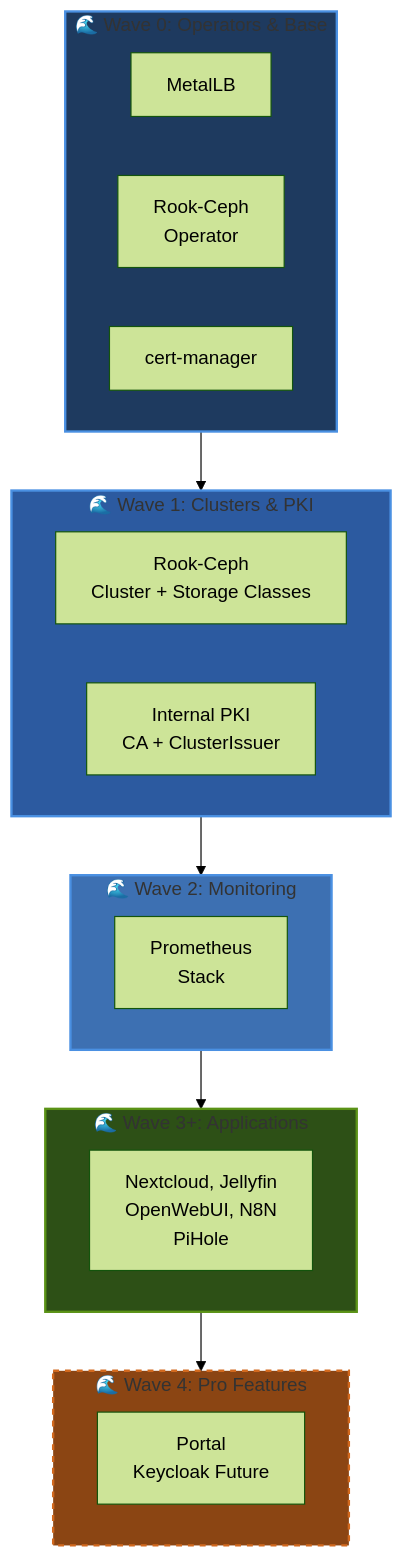
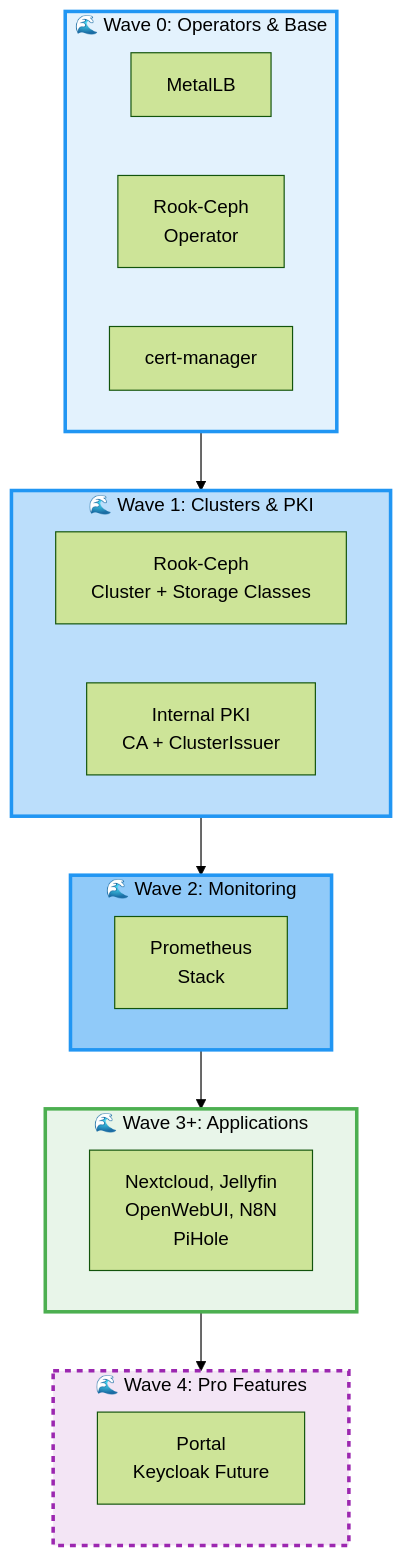
One commit to seadogger-tech/seadogger-homelab changed the sixth of 6 diagrams in docs/wiki/02-Architecture.md. Above: the diagram before and after it, drawn with Mermaid (forest theme). The commit also changed other lines of this file and 1 other file, not shown here.

First line of the commit message:
Update all Mermaid diagram colors for light/dark mode compatibility

````diff
--- a/docs/wiki/02-Architecture.md
+++ b/docs/wiki/02-Architecture.md
@@ -386,36 +386,36 @@
 ```mermaid
 graph TD
     subgraph Wave0["🌊 Wave 0: Operators & Base"]
         MetalLB[MetalLB]
         RookOp[Rook-Ceph<br/>Operator]
         CertMgr[cert-manager]
     end
 
     subgraph Wave1["🌊 Wave 1: Clusters & PKI"]
         RookCluster[Rook-Ceph<br/>Cluster + Storage Classes]
         PKI[Internal PKI<br/>CA + ClusterIssuer]
     end
 
     subgraph Wave2["🌊 Wave 2: Monitoring"]
         Prometheus[Prometheus<br/>Stack]
     end
 
     subgraph Wave3["🌊 Wave 3+: Applications"]
         Apps[Nextcloud, Jellyfin<br/>OpenWebUI, N8N<br/>PiHole]
     end
 
     subgraph WavePro["🌊 Wave 4: Pro Features"]
         Pro[Portal<br/>Keycloak Future]
     end
 
     Wave0 --> Wave1
     Wave1 --> Wave2
     Wave2 --> Wave3
     Wave3 --> WavePro
 
-    style Wave0 fill:#1e3a5f,stroke:#4a90e2,stroke-width:2px
-    style Wave1 fill:#2c5aa0,stroke:#4a90e2,stroke-width:2px
-    style Wave2 fill:#3d70b2,stroke:#4a90e2,stroke-width:2px
-    style Wave3 fill:#2d5016,stroke:#5a9216,stroke-width:2px
-    style WavePro fill:#8b4513,stroke:#d2691e,stroke-width:2px,stroke-dasharray: 5 5
+    style Wave0 fill:#e3f2fd,stroke:#2196f3,stroke-width:3px,color:#000
+    style Wave1 fill:#bbdefb,stroke:#2196f3,stroke-width:3px,color:#000
+    style Wave2 fill:#90caf9,stroke:#2196f3,stroke-width:3px,color:#000
+    style Wave3 fill:#e8f5e9,stroke:#4caf50,stroke-width:3px,color:#000
+    style WavePro fill:#f3e5f5,stroke:#9c27b0,stroke-width:3px,stroke-dasharray: 5 5,color:#000
 ```
````
